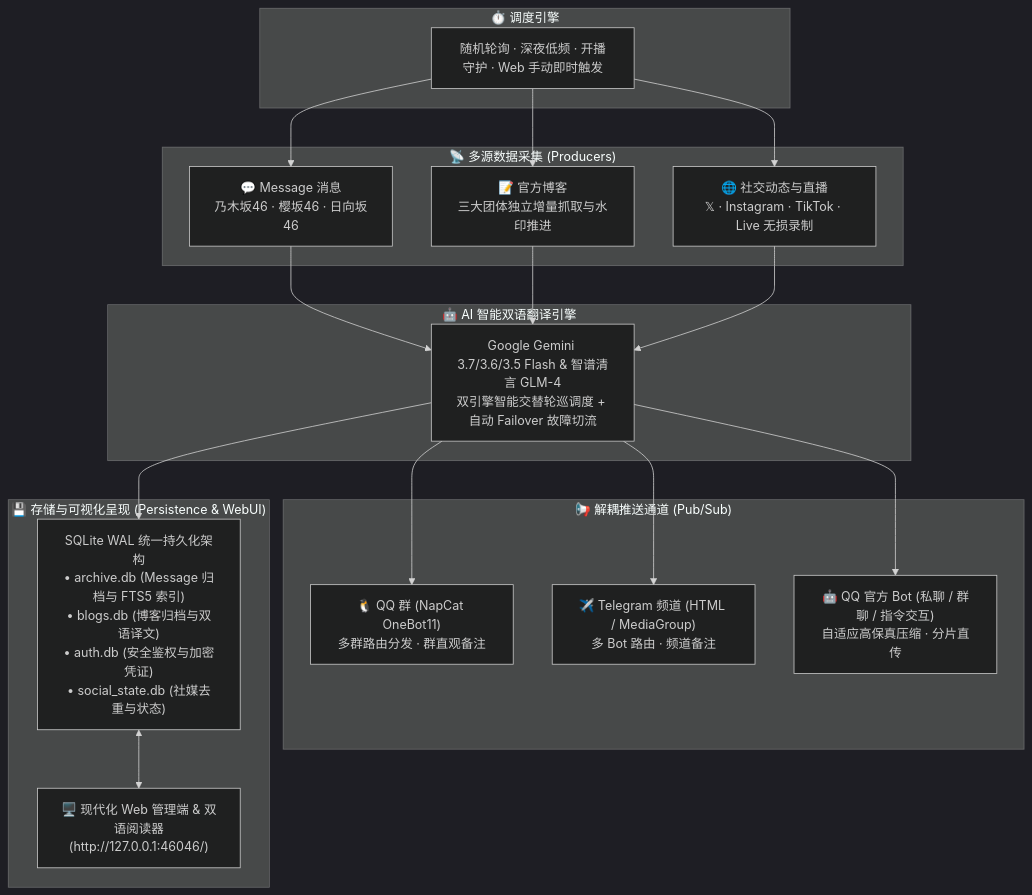
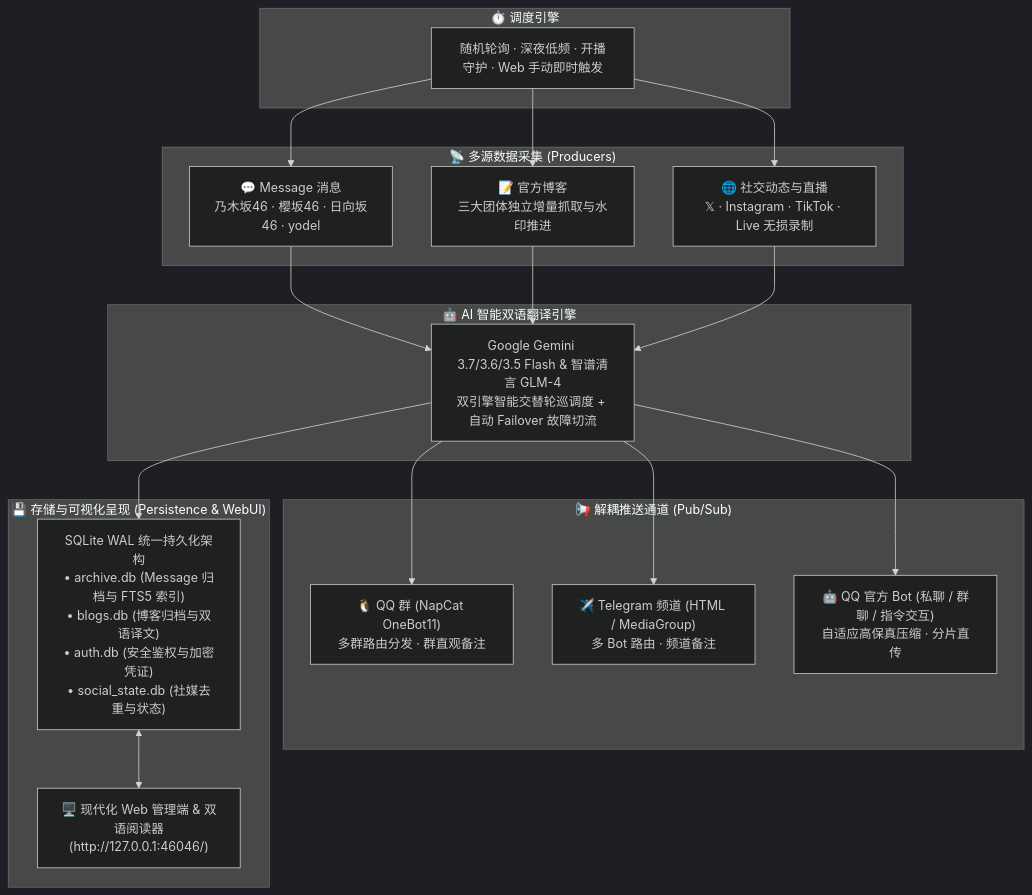
Before and after one commit to TomisatoNao/nogizaka-message-push: the first of 2 diagrams in README.md, drawn with Mermaid (dark theme). The commit also changed other lines of this file, not shown here.

Commit message:
docs(readme): align feature granularity with yodel support, 4-tier sorting, and mobile UI

````diff
--- a/README.md
+++ b/README.md
@@ -28,33 +28,33 @@
 ```mermaid
 flowchart TD
     subgraph S1["⏱️ 调度引擎"]
         Trigger["随机轮询 · 深夜低频 · 开播守护 · Web 手动即时触发"]
     end
 
     subgraph S2["📡 多源数据采集 (Producers)"]
-        P1["💬 Message 消息<br/>乃木坂46 · 樱坂46 · 日向坂46"]
+        P1["💬 Message 消息<br/>乃木坂46 · 樱坂46 · 日向坂46 · yodel"]
         P2["📝 官方博客<br/>三大团体独立增量抓取与水印推进"]
         P3["🌐 社交动态与直播<br/>𝕏 · Instagram · TikTok · Live 无损录制"]
     end
 
     subgraph S3["🤖 AI 智能双语翻译引擎"]
         AI["Google Gemini 3.7/3.6/3.5 Flash & 智谱清言 GLM-4<br/>双引擎智能交替轮巡调度 + 自动 Failover 故障切流"]
     end
 
     subgraph S4["📢 解耦推送通道 (Pub/Sub)"]
         Push1["🐧 QQ 群 (NapCat OneBot11)<br/>多群路由分发 · 群直观备注"]
         Push2["✈️ Telegram 频道 (HTML / MediaGroup)<br/>多 Bot 路由 · 频道备注"]
         Push3["🤖 QQ 官方 Bot (私聊 / 群聊 / 指令交互)<br/>自适应高保真压缩 · 分片直传"]
     end
 
     subgraph S5["💾 存储与可视化呈现 (Persistence & WebUI)"]
         DB["SQLite WAL 统一持久化架构<br/>• archive.db (Message 归档与 FTS5 索引)<br/>• blogs.db (博客归档与双语译文)<br/>• auth.db (安全鉴权与加密凭证)<br/>• social_state.db (社媒去重与状态)"]
         WebUI["🖥️ 现代化 Web 管理端 & 双语阅读器<br/>(http://127.0.0.1:46046/)"]
     end
 
     Trigger --> P1 & P2 & P3
     P1 & P2 & P3 --> AI
     AI --> Push1 & Push2 & Push3
     AI --> DB
     DB <--> WebUI
 ```
````
